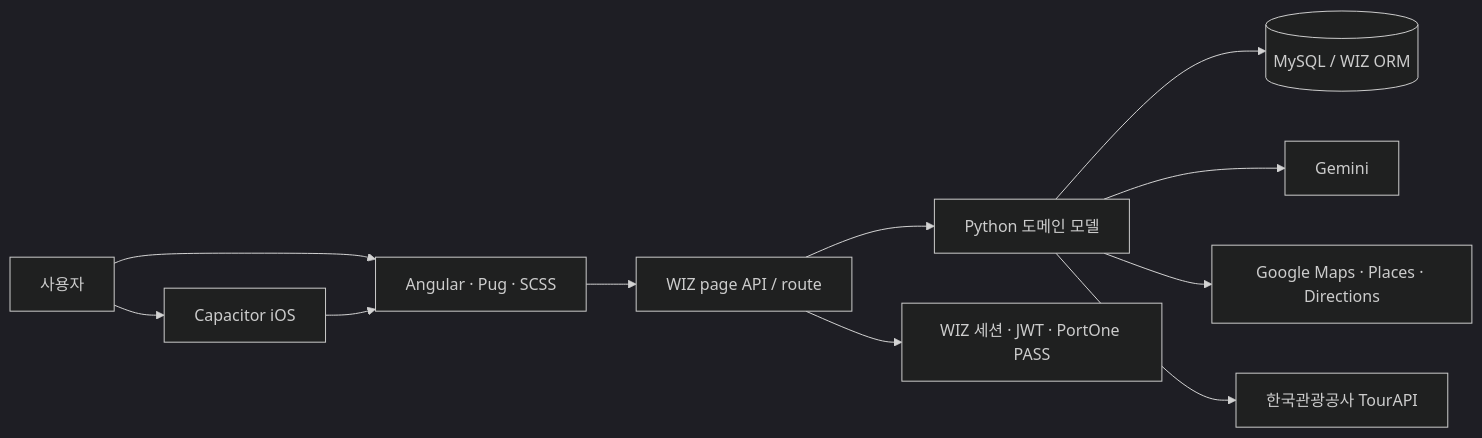
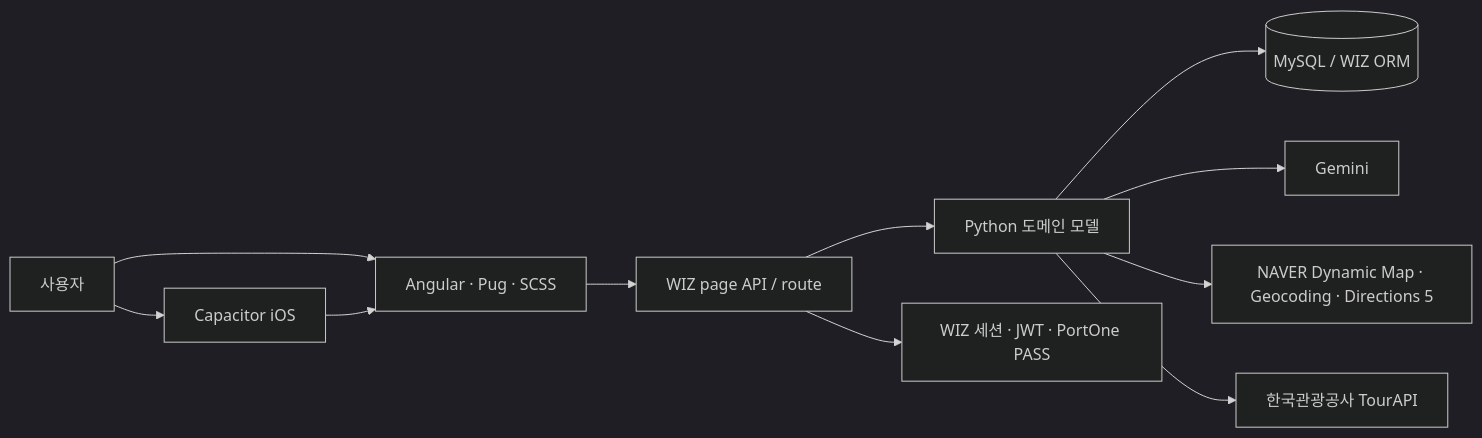
The diagram in README.md (xericen/GACHI), drawn with Mermaid (dark theme) before and after one commit. The commit also changed other lines of this file, not shown here.

Commit message:
docs: update NAVER map and route operations guide

````diff
--- a/README.md
+++ b/README.md
@@ -104,13 +104,13 @@
 ```mermaid
 flowchart LR
     U[사용자] --> UI[Angular · Pug · SCSS]
     U --> IOS[Capacitor iOS]
     IOS --> UI
     UI --> WA[WIZ page API / route]
     WA --> D[Python 도메인 모델]
     D --> DB[(MySQL / WIZ ORM)]
     D --> AI[Gemini]
-    D --> MAP[Google Maps · Places · Directions]
+    D --> MAP[NAVER Dynamic Map · Geocoding · Directions 5]
     D --> TOUR[한국관광공사 TourAPI]
     WA --> AUTH[WIZ 세션 · JWT · PortOne PASS]
 ```
````
